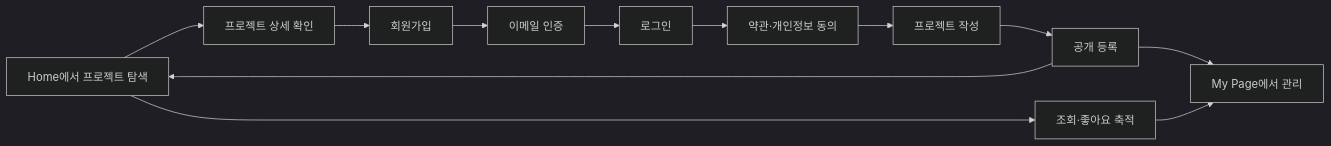
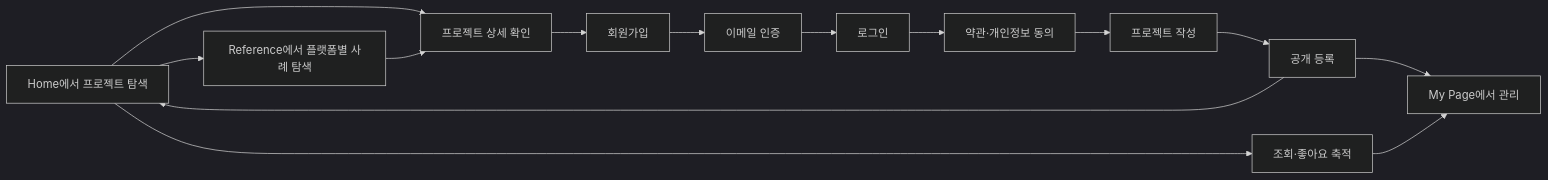
Before and after one commit to Snowball-Impact/folio: the first of 6 diagrams in docs/USER_FLOWS.md, drawn with Mermaid (dark theme). The commit also changed other lines of this file and 21 other files, not shown here.

````diff
--- a/docs/USER_FLOWS.md
+++ b/docs/USER_FLOWS.md
@@ -7,21 +7,23 @@
 ```mermaid
 flowchart LR
     Discover[Home에서 프로젝트 탐색]
+    Reference[Reference에서 플랫폼별 사례 탐색]
     Detail[프로젝트 상세 확인]
     Signup[회원가입]
     Verify[이메일 인증]
     Login[로그인]
     Consent[약관·개인정보 동의]
     Submit[프로젝트 작성]
     Publish[공개 등록]
     Manage[My Page에서 관리]
     Engage[조회·좋아요 축적]
 
     Discover --> Detail
+    Discover --> Reference --> Detail
     Detail --> Signup
     Signup --> Verify --> Login --> Consent
     Consent --> Submit --> Publish
     Publish --> Discover
     Publish --> Manage
     Discover --> Engage --> Manage
 ```
````
